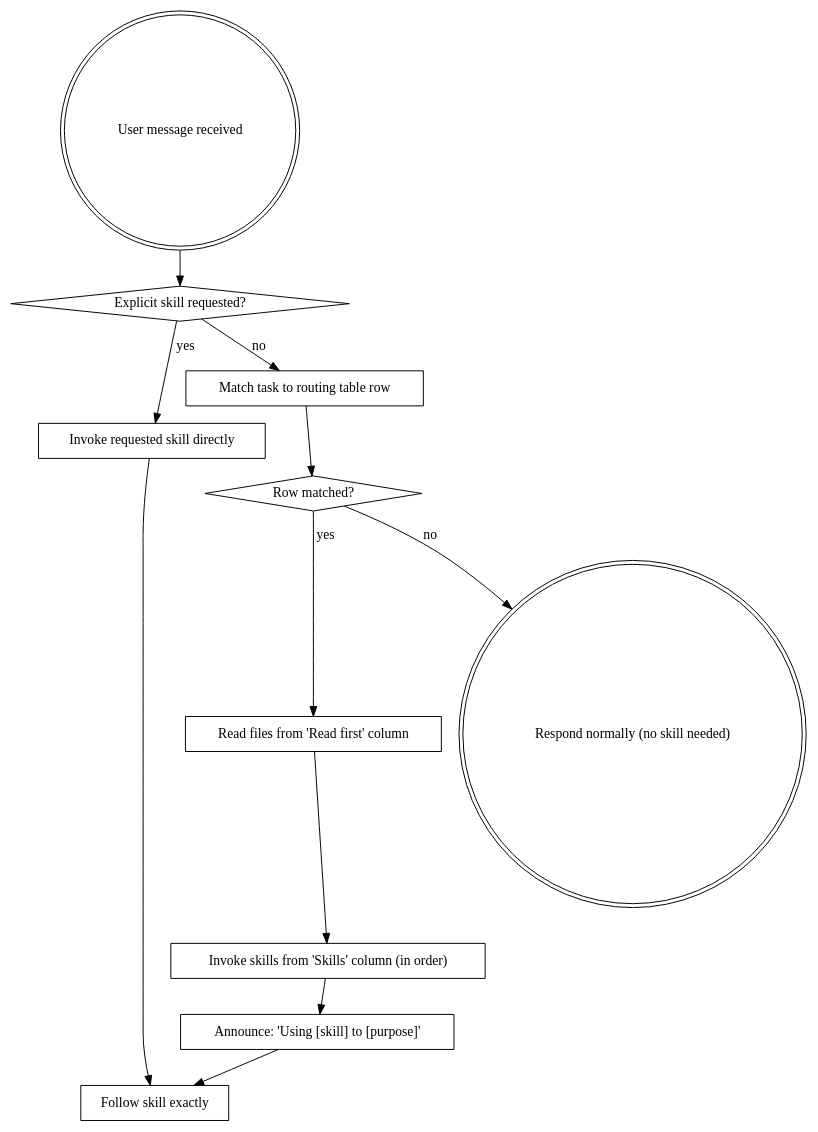
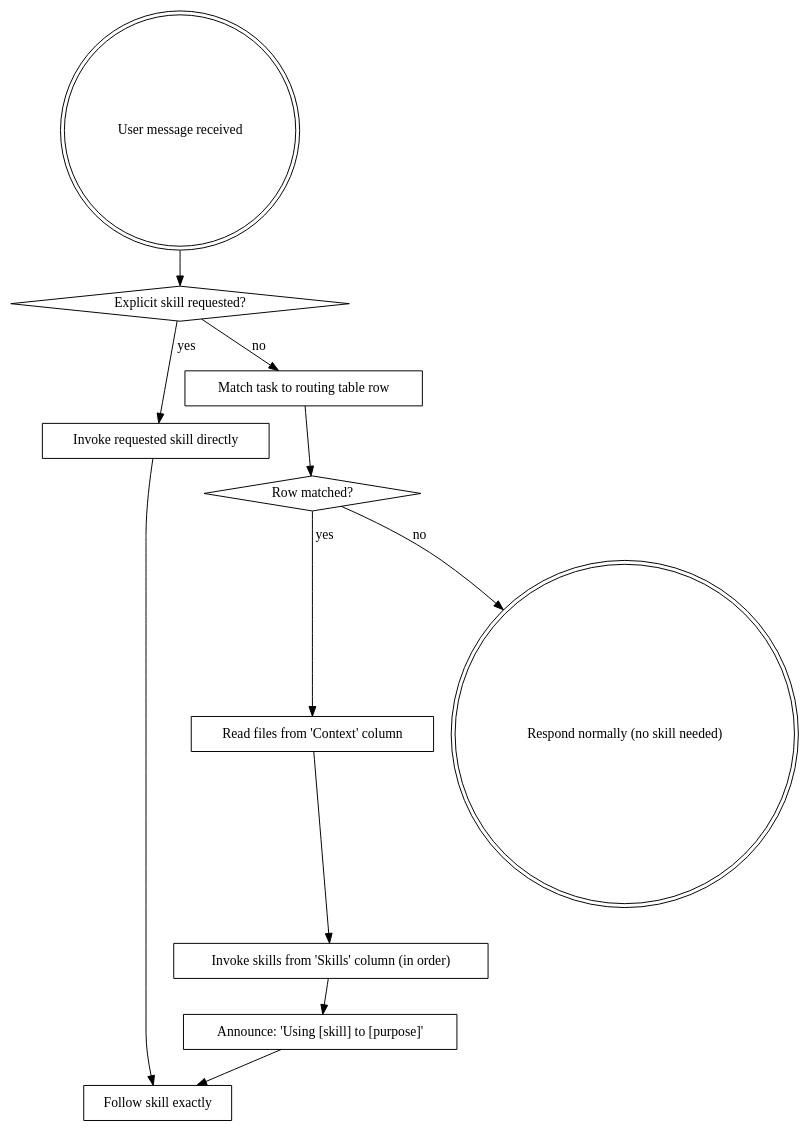
One commit to ethtrinh/lrt-rocm-workspace changed the diagram in skills/using-lrt/SKILL.md. Above: the diagram before and after it, drawn with Graphviz. The commit also changed other lines of this file and 3 other files, not shown here.

````diff
--- a/skills/using-lrt/SKILL.md
+++ b/skills/using-lrt/SKILL.md
@@ -23,25 +31,25 @@
 ```dot
 digraph routing_flow {
     "User message received" [shape=doublecircle];
     "Explicit skill requested?" [shape=diamond];
     "Invoke requested skill directly" [shape=box];
     "Match task to routing table row" [shape=box];
     "Row matched?" [shape=diamond];
-    "Read files from 'Read first' column" [shape=box];
+    "Read files from 'Context' column" [shape=box];
     "Invoke skills from 'Skills' column (in order)" [shape=box];
     "Announce: 'Using [skill] to [purpose]'" [shape=box];
     "Follow skill exactly" [shape=box];
     "Respond normally (no skill needed)" [shape=doublecircle];
 
     "User message received" -> "Explicit skill requested?";
     "Explicit skill requested?" -> "Invoke requested skill directly" [label="yes"];
     "Invoke requested skill directly" -> "Follow skill exactly";
     "Explicit skill requested?" -> "Match task to routing table row" [label="no"];
     "Match task to routing table row" -> "Row matched?";
-    "Row matched?" -> "Read files from 'Read first' column" [label="yes"];
-    "Read files from 'Read first' column" -> "Invoke skills from 'Skills' column (in order)";
+    "Row matched?" -> "Read files from 'Context' column" [label="yes"];
+    "Read files from 'Context' column" -> "Invoke skills from 'Skills' column (in order)";
     "Invoke skills from 'Skills' column (in order)" -> "Announce: 'Using [skill] to [purpose]'";
     "Announce: 'Using [skill] to [purpose]'" -> "Follow skill exactly";
     "Row matched?" -> "Respond normally (no skill needed)" [label="no"];
 }
 ```
````
